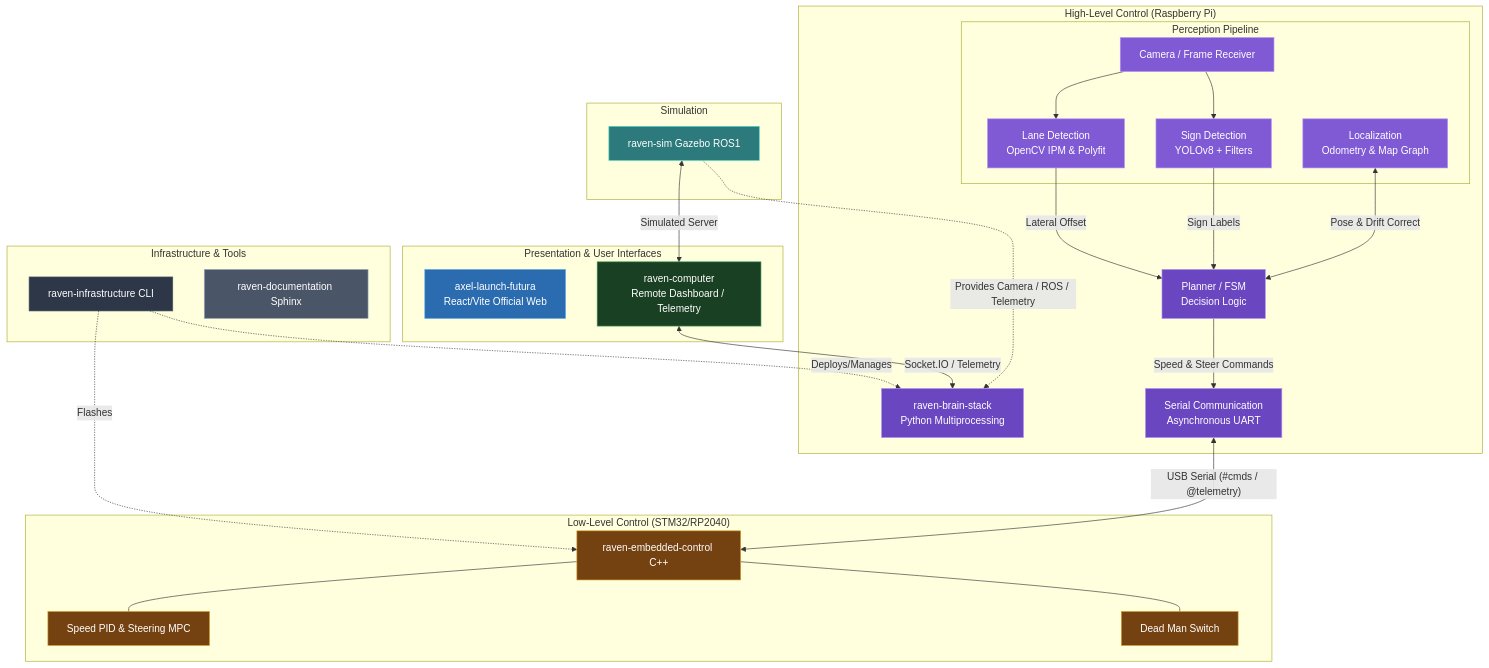
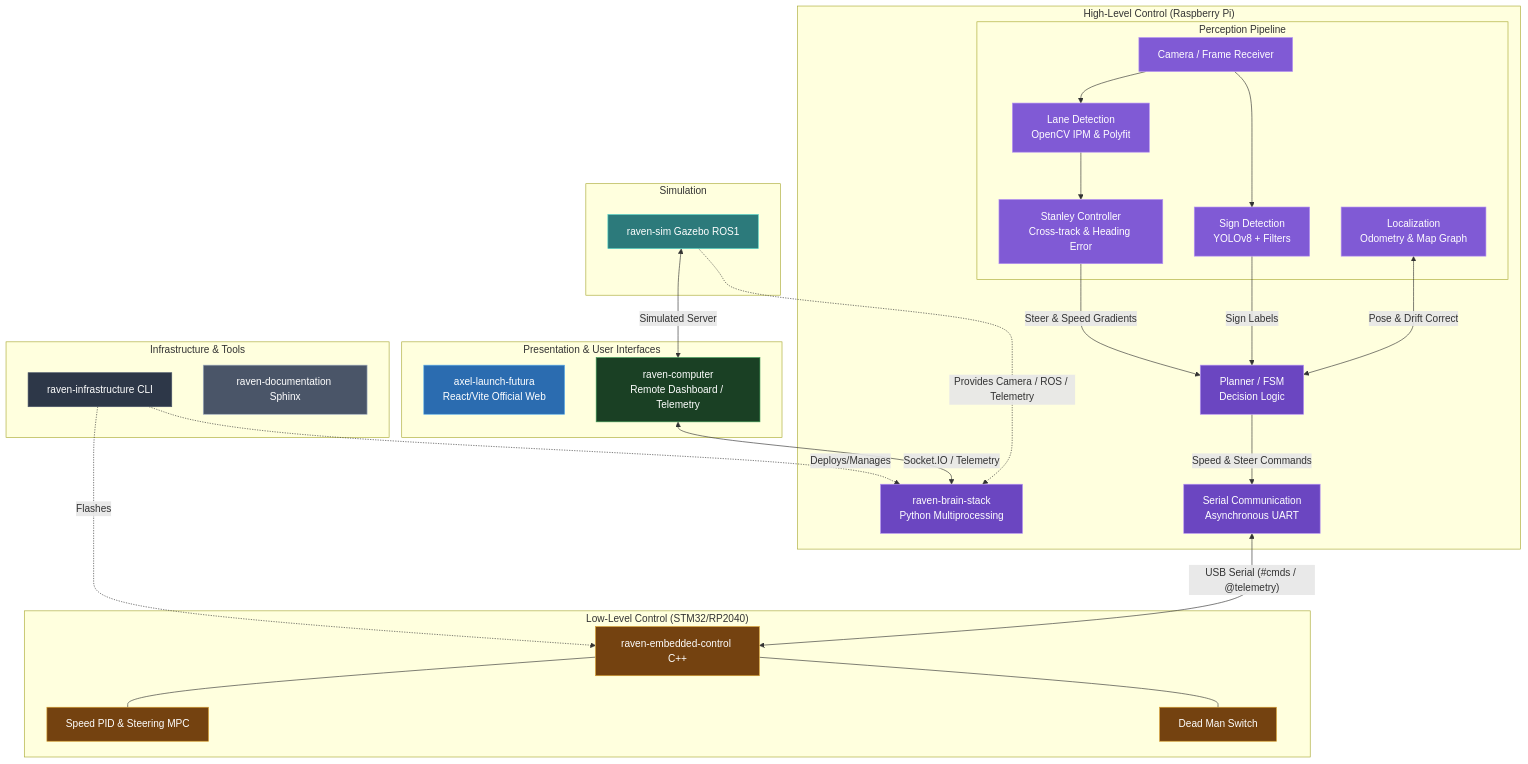
Before and after one commit to zeiad-2345/autonomous-car-: the first of 2 diagrams in README.md, drawn with Mermaid. The commit also changed 7 other files, not shown here.

````diff
--- a/README.md
+++ b/README.md
@@ -11,64 +11,66 @@
 ```mermaid
 graph TD
     %% Styling
     classDef infra fill:#2d3748,stroke:#4a5568,color:#fff
     classDef web fill:#2b6cb0,stroke:#63b3ed,color:#fff
     classDef computer fill:#1A4024,stroke:#3D9955,color:#fff
     classDef brain fill:#6b46c1,stroke:#b794f4,color:#fff
     classDef perception fill:#805ad5,stroke:#b794f4,color:#fff
     classDef embedded fill:#744210,stroke:#d69e2e,color:#fff
     classDef sim fill:#2c7a7b,stroke:#4fd1c5,color:#fff
     classDef docs fill:#4a5568,stroke:#a0aec0,color:#fff
 
     subgraph "Infrastructure & Tools"
         CLI[raven-infrastructure CLI]:::infra
         DOCS[raven-documentation Sphinx]:::docs
     end
 
     subgraph "Presentation & User Interfaces"
         FUTURA[axel-launch-futura<br>React/Vite Official Web]:::web
         DASH[raven-computer<br>Remote Dashboard / Telemetry]:::computer
     end
 
     subgraph "High-Level Control (Raspberry Pi)"
         BRAIN[raven-brain-stack<br>Python Multiprocessing]:::brain
         
         subgraph "Perception Pipeline"
             CAMERA[Camera / Frame Receiver]:::perception
             LANEDET[Lane Detection<br>OpenCV IPM & Polyfit]:::perception
+            STANLEY[Stanley Controller<br>Cross-track & Heading Error]:::perception
             SIGNDET[Sign Detection<br>YOLOv8 + Filters]:::perception
             LOCALIZATION[Localization<br>Odometry & Map Graph]:::perception
             CAMERA --> LANEDET
+            LANEDET --> STANLEY
             CAMERA --> SIGNDET
         end
         
         PLANNER[Planner / FSM<br>Decision Logic]:::brain
         SERIAL[Serial Communication<br>Asynchronous UART]:::brain
 
-        LANEDET -->|Lateral Offset| PLANNER
+        STANLEY -->|Steer & Speed Gradients| PLANNER
         SIGNDET -->|Sign Labels| PLANNER
         LOCALIZATION <-->|Pose & Drift Correct| PLANNER
         PLANNER -->|Speed & Steer Commands| SERIAL
     end
 
     subgraph "Low-Level Control (STM32/RP2040)"
         EMBEDDED[raven-embedded-control C++]:::embedded
         PID[Speed PID & Steering MPC]:::embedded
         SAFETY[Dead Man Switch]:::embedded
 
         EMBEDDED --- PID
         EMBEDDED --- SAFETY
     end
 
     subgraph "Simulation"
         SIM[raven-sim Gazebo ROS1]:::sim
     end
 
     %% Connections
     CLI -.->|"Deploys/Manages"| BRAIN
     CLI -.->|"Flashes"| EMBEDDED
     DASH <-->|"Socket.IO / Telemetry"| BRAIN
     SERIAL <-->|"USB Serial (#cmds / @telemetry)"| EMBEDDED
     SIM -.->|"Provides Camera / ROS / Telemetry"| BRAIN
     SIM <-->|"Simulated Server"| DASH
 ```
````
